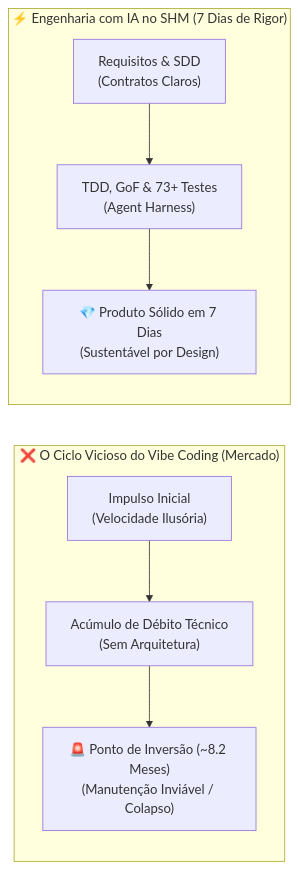
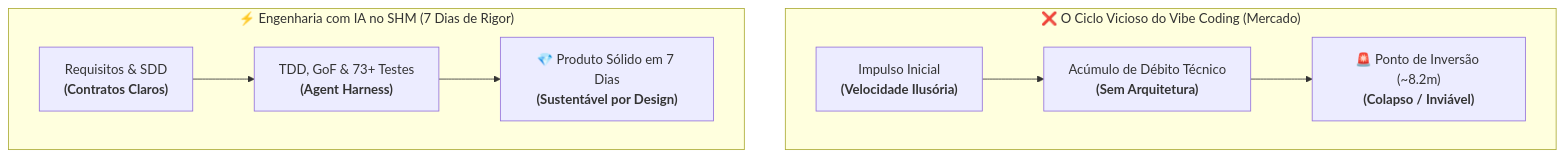
One commit to andresouza72br-sketch/SHM---Support-Hours-Manage changed the first of 2 diagrams in Manifesto/manifesto.md. Above: the diagram before and after it, drawn with Mermaid. The commit also changed other lines of this file and 7 other files, not shown here.

Commit message:
docs(pdf): ajustar diagramas para alta legibilidade e proporcao ideal

````diff
--- a/Manifesto/manifesto.md
+++ b/Manifesto/manifesto.md
@@ -44,12 +44,12 @@
 ```mermaid
-flowchart LR
+flowchart TD
     subgraph Vibe["❌ O Ciclo Vicioso do Vibe Coding (Mercado)"]
-        V1["Impulso Inicial<br>(Velocidade Ilusória)"] --> V2["Acúmulo de Débito Técnico<br>(Sem Arquitetura)"]
-        V2 --> V3["🚨 Ponto de Inversão (~8.2 Meses)<br>(Manutenção Inviável / Colapso)"]
+        direction LR
+        V1["Impulso Inicial<br><b>(Velocidade Ilusória)</b>"] --> V2["Acúmulo de Débito Técnico<br><b>(Sem Arquitetura)</b>"] --> V3["🚨 Ponto de Inversão (~8.2m)<br><b>(Colapso / Inviável)</b>"]
     end
     
     subgraph SHM["⚡ Engenharia com IA no SHM (7 Dias de Rigor)"]
-        S1["Requisitos & SDD<br>(Contratos Claros)"] --> S2["TDD, GoF & 73+ Testes<br>(Agent Harness)"]
-        S2 --> S3["💎 Produto Sólido em 7 Dias<br>(Sustentável por Design)"]
+        direction LR
+        S1["Requisitos & SDD<br><b>(Contratos Claros)</b>"] --> S2["TDD, GoF & 73+ Testes<br><b>(Agent Harness)</b>"] --> S3["💎 Produto Sólido em 7 Dias<br><b>(Sustentável por Design)</b>"]
     end
 ```
````
